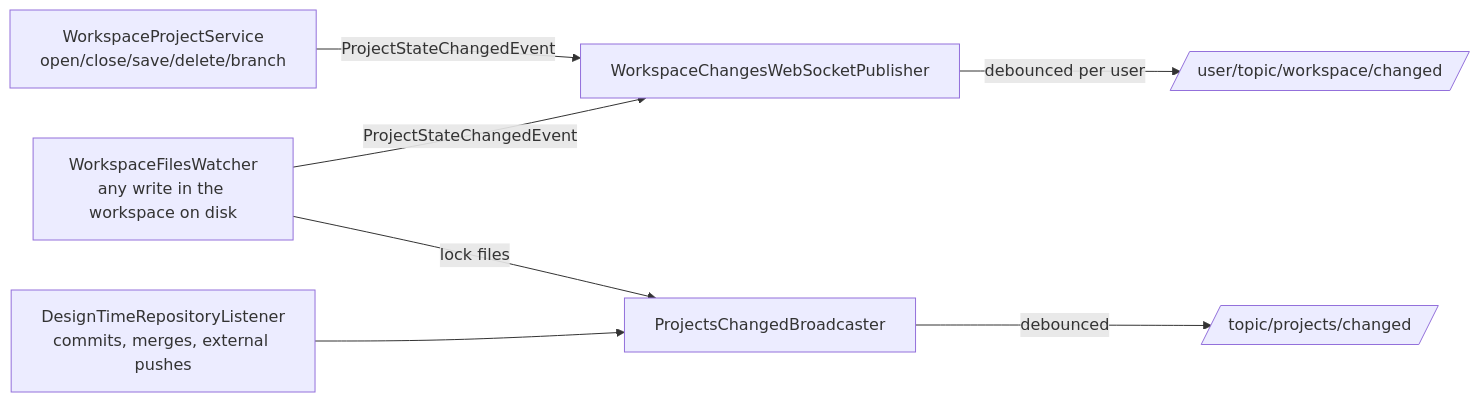
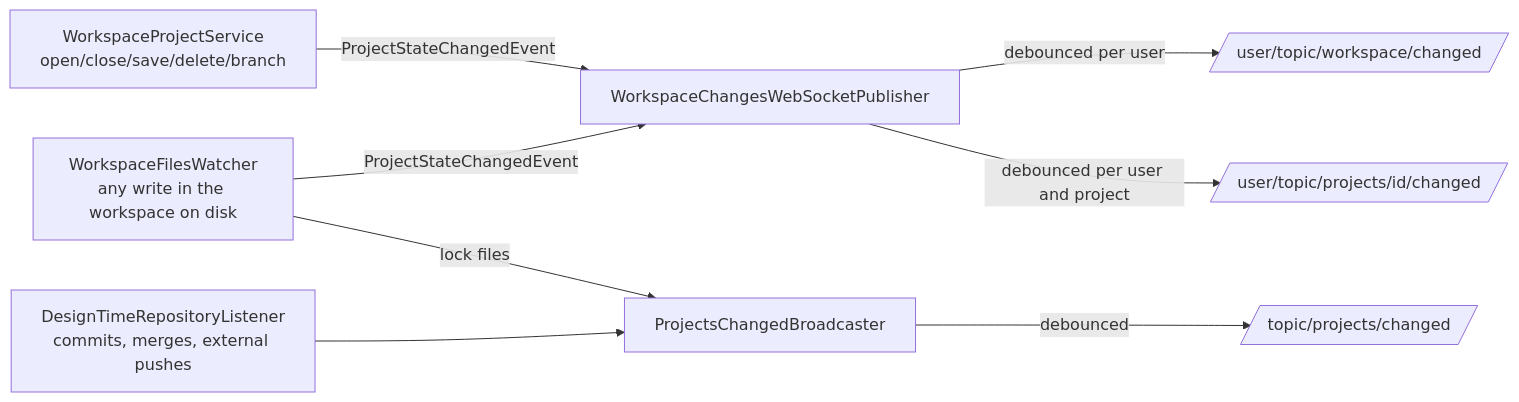
One commit to openl-tablets/openl-tablets changed the diagram in Docs/architecture/websocket-change-notifications.md. Above: the diagram before and after it, drawn with Mermaid. The commit also changed other lines of this file and 24 other files, not shown here.

````diff
--- a/Docs/architecture/websocket-change-notifications.md
+++ b/Docs/architecture/websocket-change-notifications.md
@@ -29,9 +35,10 @@
 ```mermaid
 flowchart LR
     A[WorkspaceProjectService<br/>open/close/save/delete/branch] -->|ProjectStateChangedEvent| P[WorkspaceChangesWebSocketPublisher]
     W[WorkspaceFilesWatcher<br/>any write in the workspace on disk] -->|ProjectStateChangedEvent| P
     P -->|debounced per user| U[/user/topic/workspace/changed/]
+    P -->|debounced per user and project| V[/user/topic/projects/id/changed/]
     C[DesignTimeRepositoryListener<br/>commits, merges, external pushes] --> D[ProjectsChangedBroadcaster]
     W -->|lock files| D
     D -->|debounced| G[/topic/projects/changed/]
 ```
````
